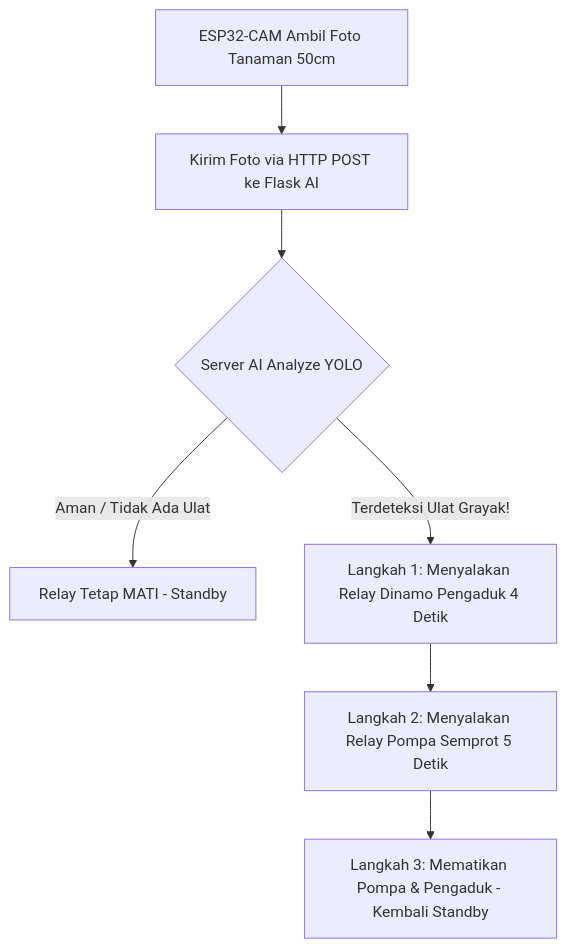
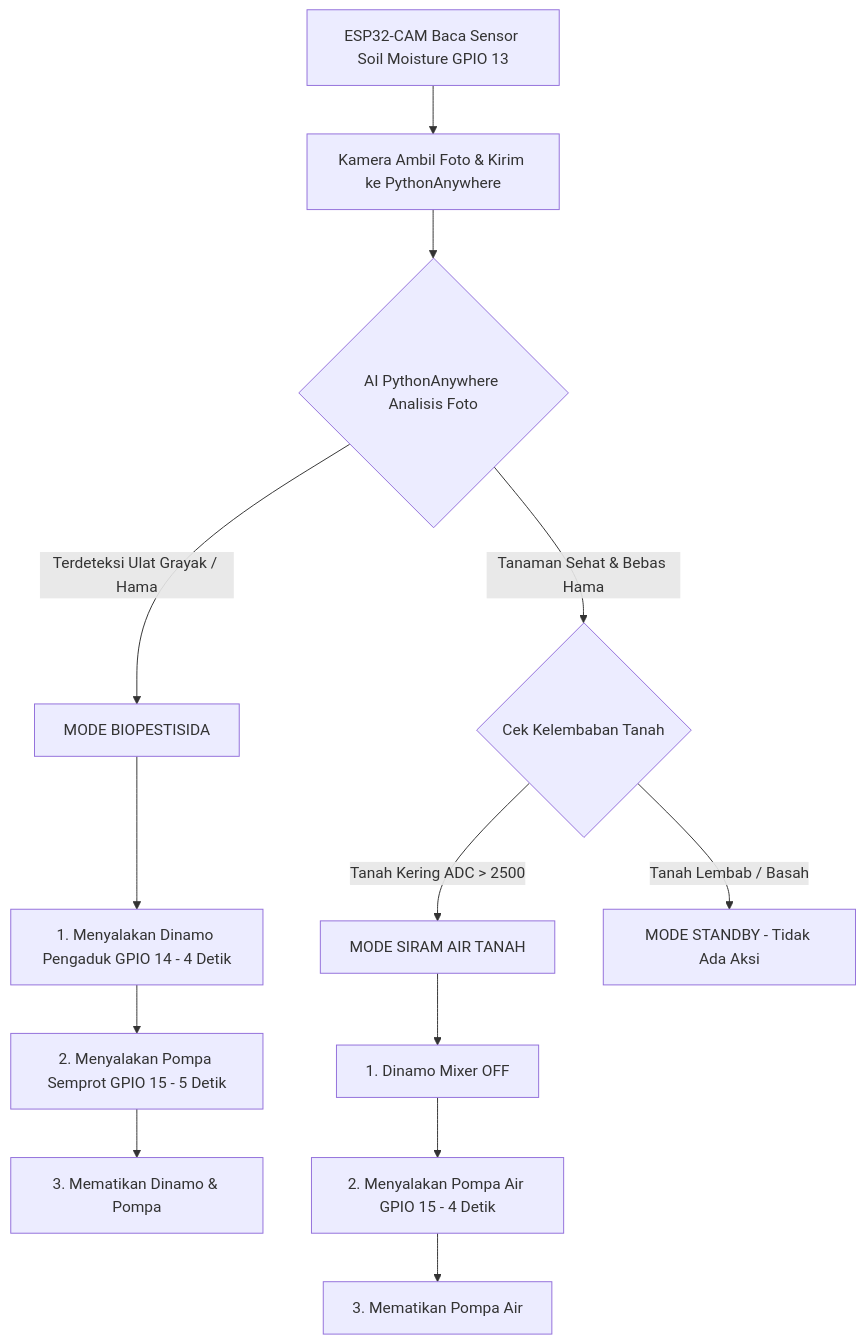
The diagram in esp32_cam/README_FIRMWARE.md (halimadicahya24-tech/BESTARI2), drawn with Mermaid before and after one commit. The commit also changed other lines of this file and 28 other files, not shown here.

````diff
--- a/esp32_cam/README_FIRMWARE.md
+++ b/esp32_cam/README_FIRMWARE.md
@@ -57,9 +76,17 @@
 ```mermaid
 graph TD
-    A[ESP32-CAM Ambil Foto Tanaman 50cm] --> B[Kirim Foto via HTTP POST ke Flask AI]
-    B --> C{Server AI Analyze YOLO}
-    C -->|Aman / Tidak Ada Ulat| D[Relay Tetap MATI - Standby]
-    C -->|Terdeteksi Ulat Grayak!| E[Langkah 1: Menyalakan Relay Dinamo Pengaduk 4 Detik]
-    E --> F[Langkah 2: Menyalakan Relay Pompa Semprot 5 Detik]
-    F --> G[Langkah 3: Mematikan Pompa & Pengaduk - Kembali Standby]
+    A[ESP32-CAM Baca Sensor Soil Moisture GPIO 13] --> B[Kamera Ambil Foto & Kirim ke PythonAnywhere]
+    B --> C{AI PythonAnywhere Analisis Foto}
+    C -->|Terdeteksi Ulat Grayak / Hama| D[MODE BIOPESTISIDA]
+    D --> D1[1. Menyalakan Dinamo Pengaduk GPIO 14 - 4 Detik]
+    D1 --> D2[2. Menyalakan Pompa Semprot GPIO 15 - 5 Detik]
+    D2 --> D3[3. Mematikan Dinamo & Pompa]
+
+    C -->|Tanaman Sehat & Bebas Hama| E{Cek Kelembaban Tanah}
+    E -->|Tanah Kering ADC > 2500| F[MODE SIRAM AIR TANAH]
+    F --> F1[1. Dinamo Mixer OFF]
+    F1 --> F2[2. Menyalakan Pompa Air GPIO 15 - 4 Detik]
+    F2 --> F3[3. Mematikan Pompa Air]
+
+    E -->|Tanah Lembab / Basah| G[MODE STANDBY - Tidak Ada Aksi]
 ```
````
